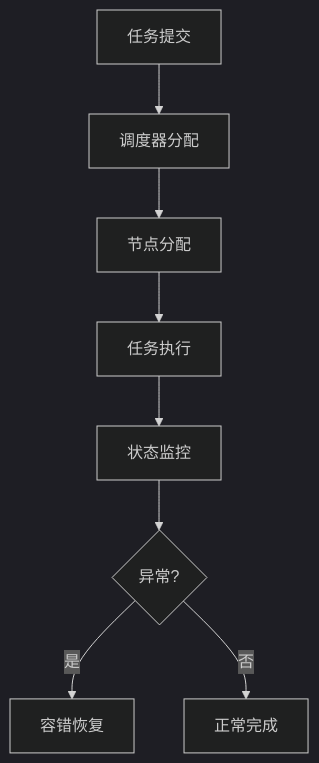
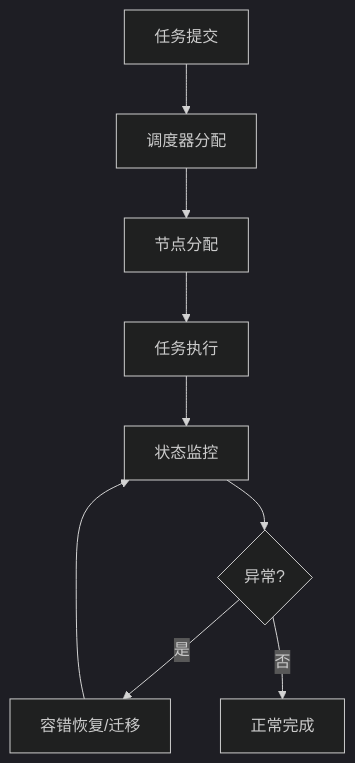
The diagram in 4.分布式系统/4.7 系统运行时语义/4.7.6 工程案例与实践.md (AdaMartin18010/SystemOSIOT), drawn with Mermaid (dark theme) before and after one commit. The commit also changed other lines of this file and 30 other files, not shown here.

````diff
--- a/4.分布式系统/4.7 系统运行时语义/4.7.6 工程案例与实践.md
+++ b/4.分布式系统/4.7 系统运行时语义/4.7.6 工程案例与实践.md
@@ -21,10 +24,11 @@
 ```mermaid
 flowchart TD
     A[任务提交] --> B[调度器分配]
     B --> C[节点分配]
     C --> D[任务执行]
     D --> E[状态监控]
     E --> F{异常?}
-    F -- 是 --> G[容错恢复]
+    F -- 是 --> G[容错恢复/迁移]
     F -- 否 --> H[正常完成]
+    G --> E
 ```
````
